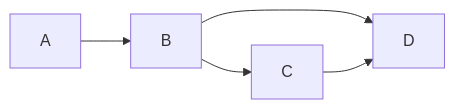
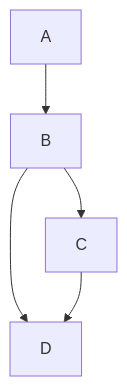
Before and after one commit to hysg/python3: the second of 3 diagrams in part2/5.md, drawn with Mermaid. The commit also changed other lines of this file and 1 other file, not shown here.

```diff
--- a/part2/5.md
+++ b/part2/5.md
@@ -30,7 +31,7 @@
 {% mermaid %}
-graph LR;
+graph TB;
   A-->B;
   B-->C;
   B-->D;
   C-->D;
 {% endmermaid %}
```
